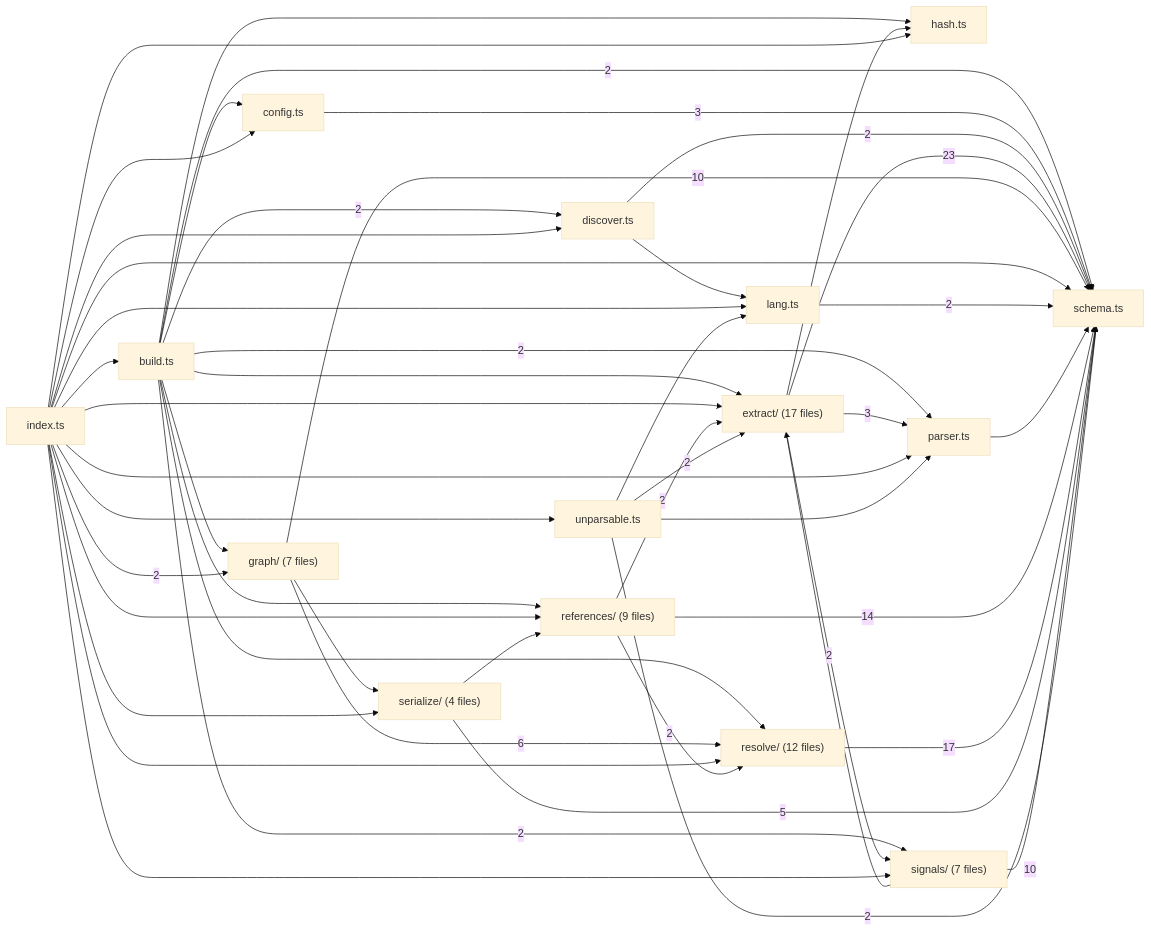
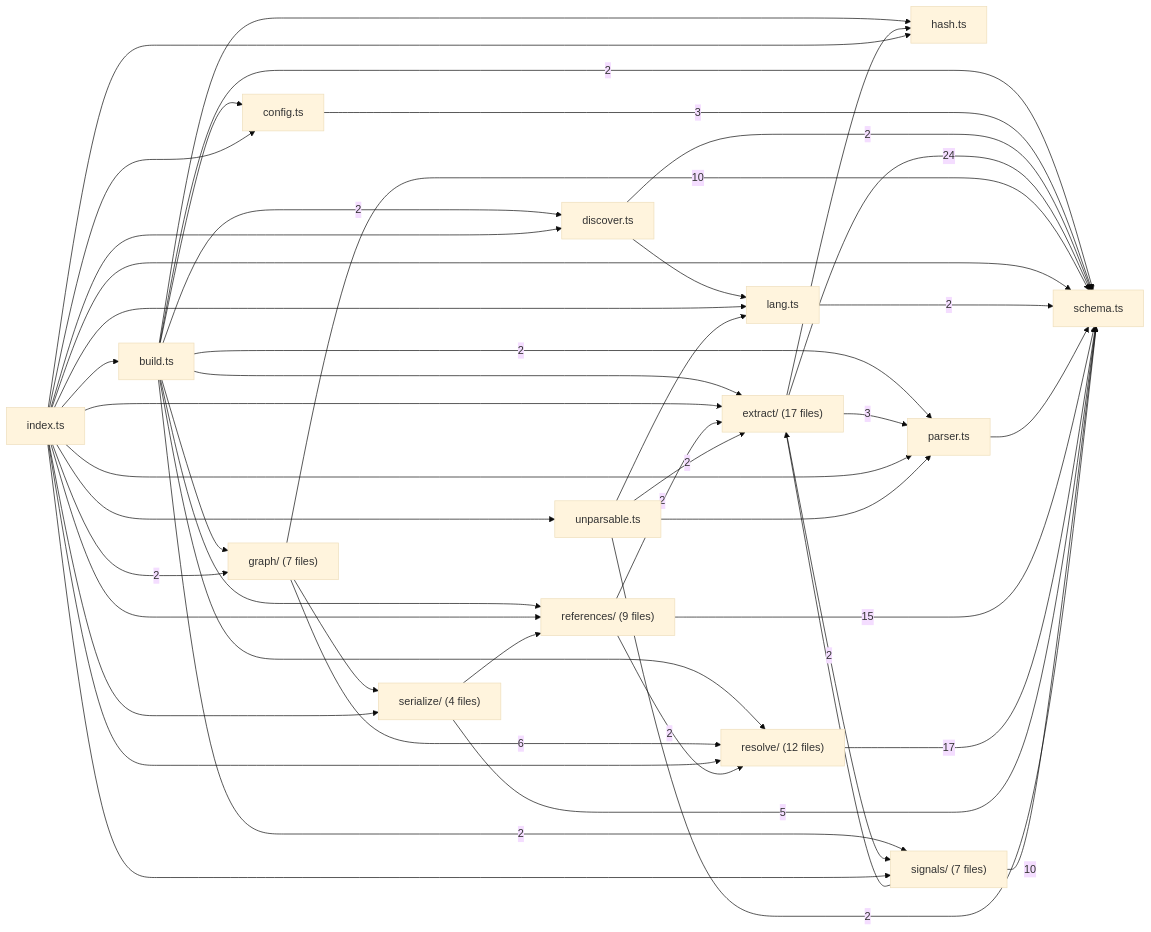
The second of 8 diagrams in .greplost/packages/greplost__core/MAP.md (sns45/greplost), drawn with Mermaid (base theme) before and after one commit. The commit also changed other lines of this file and 16 other files, not shown here.

````diff
--- a/.greplost/packages/greplost__core/MAP.md
+++ b/.greplost/packages/greplost__core/MAP.md
@@ -165,66 +165,66 @@
 ```mermaid
 graph LR
   packages_core_src_build_ts["build.ts"]
   packages_core_src_config_ts["config.ts"]
   packages_core_src_discover_ts["discover.ts"]
   packages_core_src_extract["extract/ #40;17 files#41;"]
   packages_core_src_graph["graph/ #40;7 files#41;"]
   packages_core_src_hash_ts["hash.ts"]
   packages_core_src_index_ts["index.ts"]
   packages_core_src_lang_ts["lang.ts"]
   packages_core_src_parser_ts["parser.ts"]
   packages_core_src_references["references/ #40;9 files#41;"]
   packages_core_src_resolve["resolve/ #40;12 files#41;"]
   packages_core_src_schema_ts["schema.ts"]
   packages_core_src_serialize["serialize/ #40;4 files#41;"]
   packages_core_src_signals["signals/ #40;7 files#41;"]
   packages_core_src_unparsable_ts["unparsable.ts"]
   packages_core_src_build_ts --> packages_core_src_config_ts
   packages_core_src_build_ts -->|2| packages_core_src_discover_ts
   packages_core_src_build_ts --> packages_core_src_extract
   packages_core_src_build_ts --> packages_core_src_graph
   packages_core_src_build_ts --> packages_core_src_hash_ts
   packages_core_src_build_ts -->|2| packages_core_src_parser_ts
   packages_core_src_build_ts --> packages_core_src_references
   packages_core_src_build_ts --> packages_core_src_resolve
   packages_core_src_build_ts -->|2| packages_core_src_schema_ts
   packages_core_src_build_ts -->|2| packages_core_src_signals
   packages_core_src_config_ts -->|3| packages_core_src_schema_ts
   packages_core_src_discover_ts --> packages_core_src_lang_ts
   packages_core_src_discover_ts -->|2| packages_core_src_schema_ts
   packages_core_src_extract --> packages_core_src_hash_ts
   packages_core_src_extract -->|3| packages_core_src_parser_ts
-  packages_core_src_extract -->|23| packages_core_src_schema_ts
+  packages_core_src_extract -->|24| packages_core_src_schema_ts
   packages_core_src_extract -->|2| packages_core_src_signals
   packages_core_src_graph -->|6| packages_core_src_resolve
   packages_core_src_graph -->|10| packages_core_src_schema_ts
   packages_core_src_graph --> packages_core_src_serialize
   packages_core_src_index_ts --> packages_core_src_build_ts
   packages_core_src_index_ts --> packages_core_src_config_ts
   packages_core_src_index_ts --> packages_core_src_discover_ts
   packages_core_src_index_ts --> packages_core_src_extract
   packages_core_src_index_ts -->|2| packages_core_src_graph
   packages_core_src_index_ts --> packages_core_src_hash_ts
   packages_core_src_index_ts --> packages_core_src_lang_ts
   packages_core_src_index_ts --> packages_core_src_parser_ts
   packages_core_src_index_ts --> packages_core_src_references
   packages_core_src_index_ts --> packages_core_src_resolve
   packages_core_src_index_ts --> packages_core_src_schema_ts
   packages_core_src_index_ts --> packages_core_src_serialize
   packages_core_src_index_ts --> packages_core_src_signals
   packages_core_src_index_ts --> packages_core_src_unparsable_ts
   packages_core_src_lang_ts -->|2| packages_core_src_schema_ts
   packages_core_src_parser_ts --> packages_core_src_schema_ts
   packages_core_src_references -->|2| packages_core_src_extract
   packages_core_src_references -->|2| packages_core_src_resolve
-  packages_core_src_references -->|14| packages_core_src_schema_ts
+  packages_core_src_references -->|15| packages_core_src_schema_ts
   packages_core_src_resolve -->|17| packages_core_src_schema_ts
   packages_core_src_serialize --> packages_core_src_references
   packages_core_src_serialize -->|5| packages_core_src_schema_ts
   packages_core_src_signals --> packages_core_src_extract
   packages_core_src_signals -->|10| packages_core_src_schema_ts
   packages_core_src_unparsable_ts -->|2| packages_core_src_extract
   packages_core_src_unparsable_ts --> packages_core_src_lang_ts
   packages_core_src_unparsable_ts --> packages_core_src_parser_ts
   packages_core_src_unparsable_ts -->|2| packages_core_src_schema_ts
 ```
````
